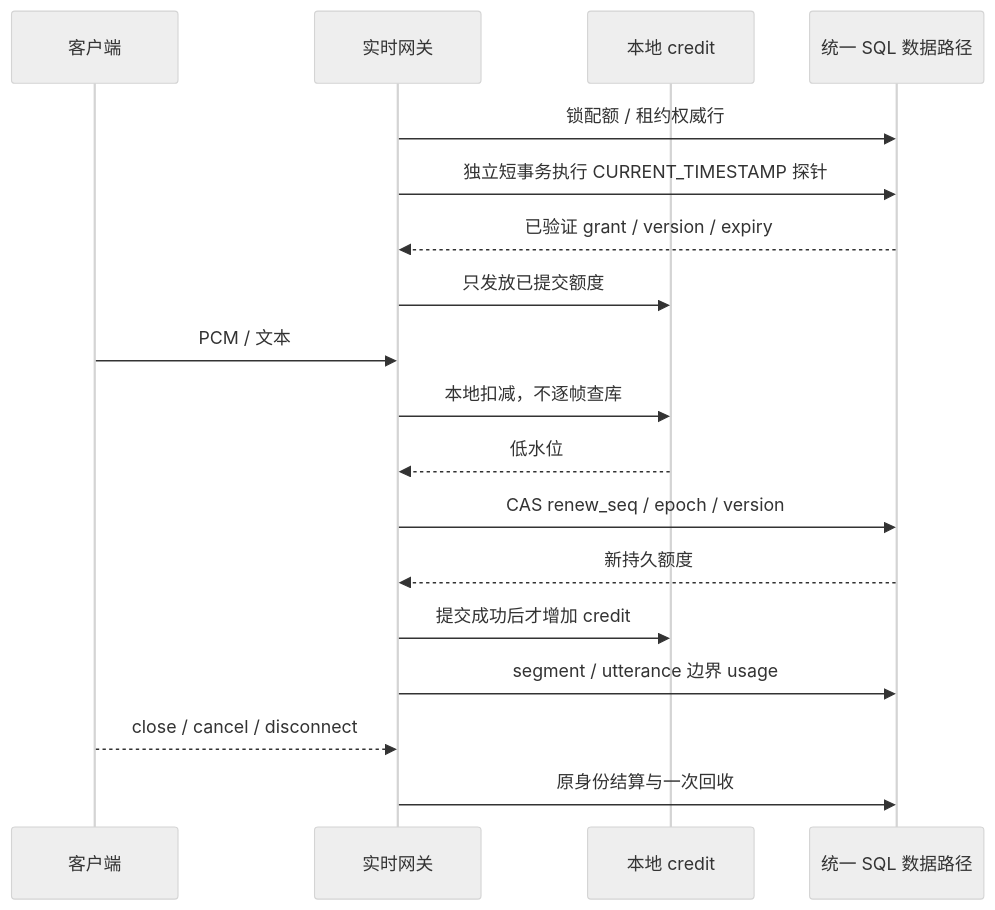
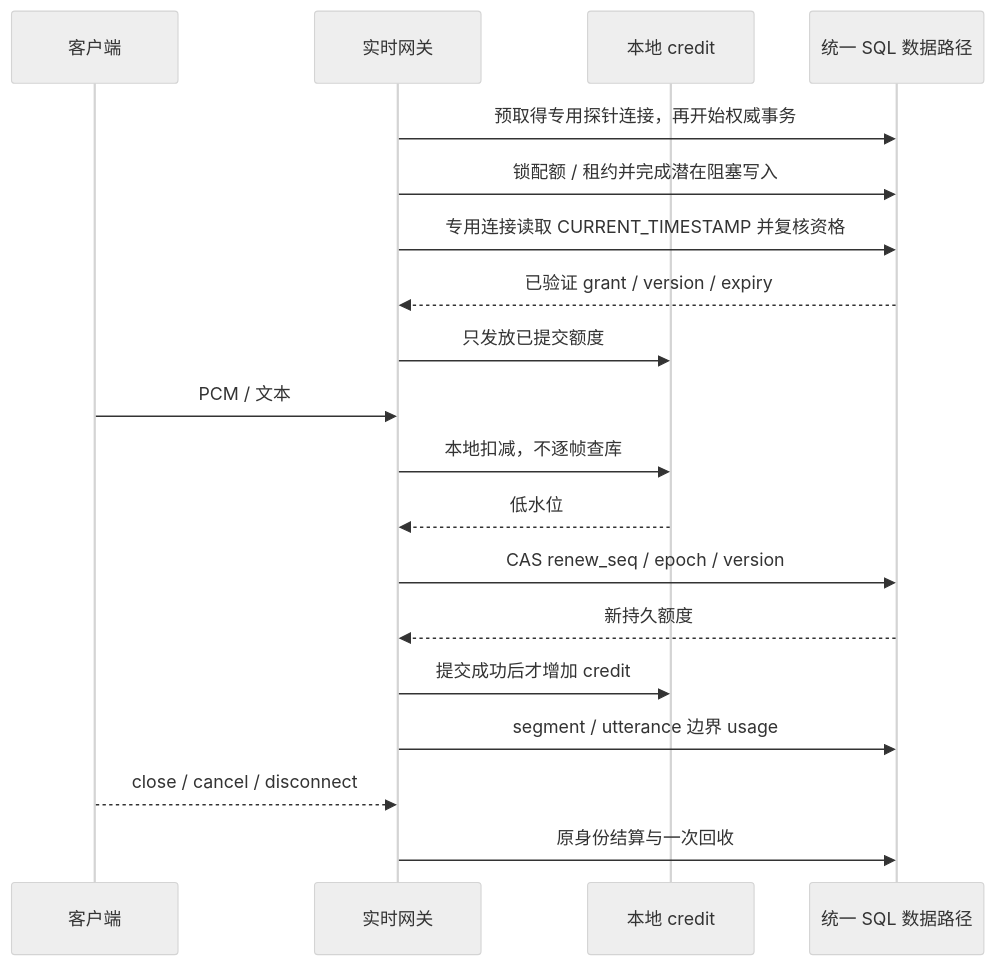
One commit to hrygo/SpeechNexus changed the second of 2 diagrams in docs/architecture/database-portability.md. Above: the diagram before and after it, drawn with Mermaid (neutral theme). The commit also changed other lines of this file and 12 other files, not shown here.

````diff
--- a/docs/architecture/database-portability.md
+++ b/docs/architecture/database-portability.md
@@ -335,21 +423,22 @@
 ```mermaid
 sequenceDiagram
     participant C as 客户端
     participant G as 实时网关
     participant L as 本地 credit
     participant DB as 统一 SQL 数据路径
 
-    G->>DB: 锁配额 / 租约权威行
-    G->>DB: 独立短事务执行 CURRENT_TIMESTAMP 探针
+    G->>DB: 预取得专用探针连接，再开始权威事务
+    G->>DB: 锁配额 / 租约并完成潜在阻塞写入
+    G->>DB: 专用连接读取 CURRENT_TIMESTAMP 并复核资格
     DB-->>G: 已验证 grant / version / expiry
     G->>L: 只发放已提交额度
     C->>G: PCM / 文本
     G->>L: 本地扣减，不逐帧查库
     L-->>G: 低水位
     G->>DB: CAS renew_seq / epoch / version
     DB-->>G: 新持久额度
     G->>L: 提交成功后才增加 credit
     G->>DB: segment / utterance 边界 usage
     C-->>G: close / cancel / disconnect
     G->>DB: 原身份结算与一次回收
 ```
````
